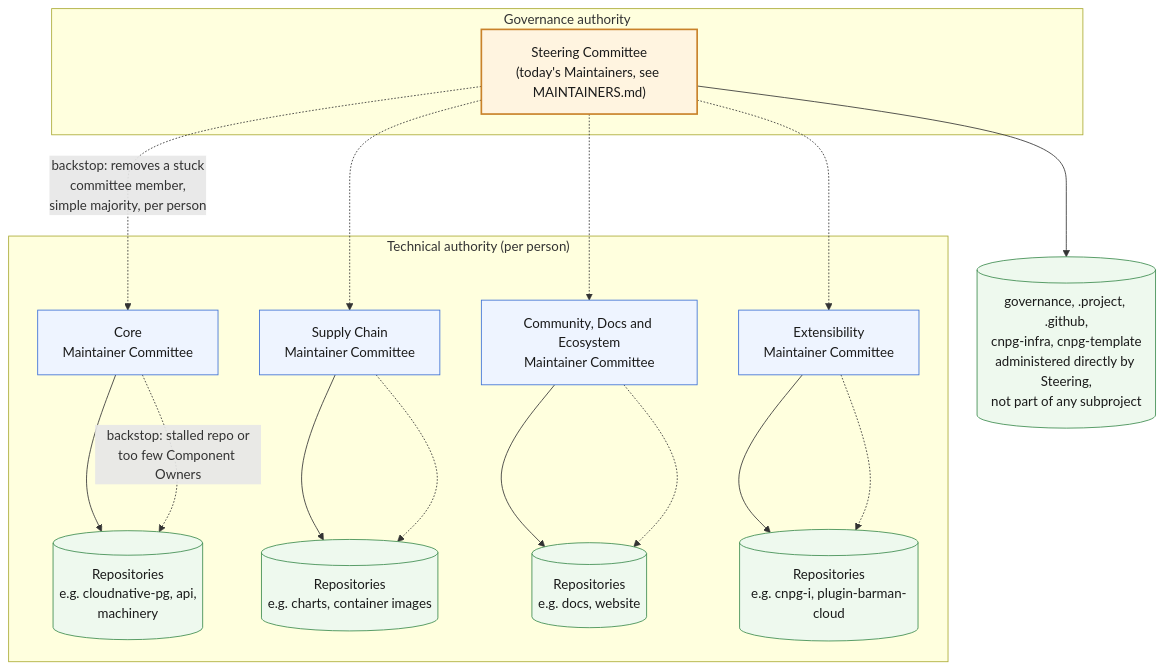
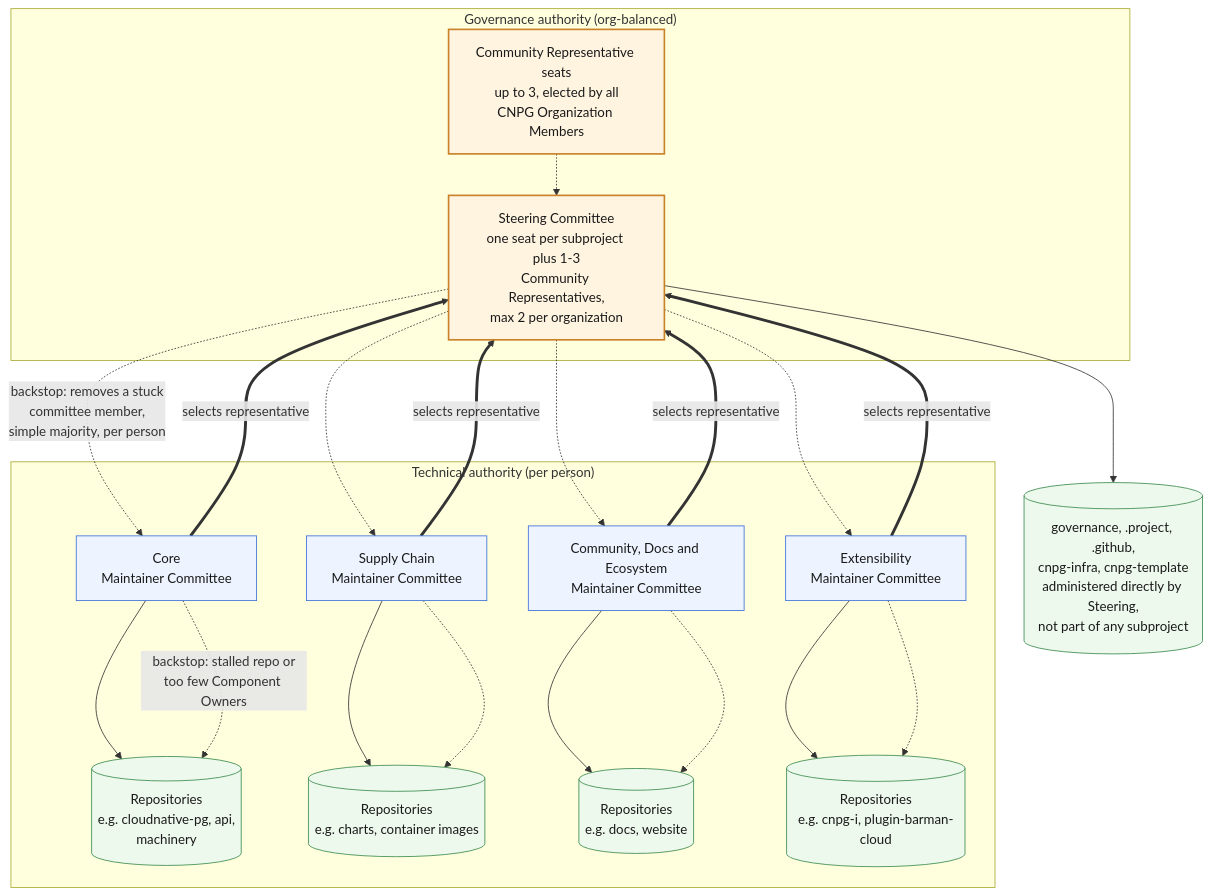
One commit to cloudnative-pg/governance changed the diagram in GOVERNANCE.md. Above: the diagram before and after it, drawn with Mermaid. The commit also changed other lines of this file and 5 other files, not shown here.

````diff
--- a/GOVERNANCE.md
+++ b/GOVERNANCE.md
@@ -82,44 +89,51 @@
 ```mermaid
 flowchart TD
-    subgraph GOV["Governance authority"]
-        SC["Steering Committee<br/>(today's Maintainers, see MAINTAINERS.md)"]
+    subgraph GOV["Governance authority (org-balanced)"]
+        SC["Steering Committee<br/>one seat per subproject plus 1-3<br/>Community Representatives,<br/>max 2 per organization"]
+        CR["Community Representative seats<br/>up to 3, elected by all<br/>CNPG Organization Members"]
     end
 
     subgraph TECH["Technical authority (per person)"]
         CPC["Core<br/>Maintainer Committee"]
         SUC["Supply Chain<br/>Maintainer Committee"]
         CDC["Community, Docs and Ecosystem<br/>Maintainer Committee"]
         EXC["Extensibility<br/>Maintainer Committee"]
 
         CPR[("Repositories<br/>e.g. cloudnative-pg, api,<br/>machinery")]
         SUR[("Repositories<br/>e.g. charts, container images")]
         CDR[("Repositories<br/>e.g. docs, website")]
         EXR[("Repositories<br/>e.g. cnpg-i, plugin-barman-cloud")]
 
         CPC --> CPR
         SUC --> SUR
         CDC --> CDR
         EXC --> EXR
     end
 
     GREPO[("governance, .project, .github,<br/>cnpg-infra, cnpg-template<br/>administered directly by Steering,<br/>not part of any subproject")]
     SC --> GREPO
 
+    CPC ==>|selects representative| SC
+    SUC ==>|selects representative| SC
+    CDC ==>|selects representative| SC
+    EXC ==>|selects representative| SC
+    CR -.-> SC
+
     SC -.->|"backstop: removes a stuck<br/>committee member,<br/>simple majority, per person"| CPC
     SC -.-> SUC
     SC -.-> CDC
     SC -.-> EXC
 
     CPC -.->|"backstop: stalled repo or<br/>too few Component Owners"| CPR
     SUC -.-> SUR
     CDC -.-> CDR
     EXC -.-> EXR
 
     classDef gov fill:#fff4e0,stroke:#c9822a,stroke-width:2px,color:#1a1a1a;
     classDef committee fill:#eef4ff,stroke:#3b6fd6,stroke-width:1px,color:#1a1a1a;
     classDef repo fill:#eef9ee,stroke:#3a8a4d,stroke-width:1px,color:#1a1a1a;
 
-    class SC gov;
+    class SC,CR gov;
     class CPC,SUC,CDC,EXC committee;
     class CPR,SUR,CDR,EXR,GREPO repo;
 ```
````
